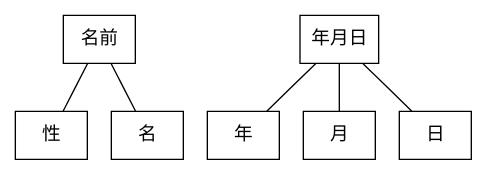
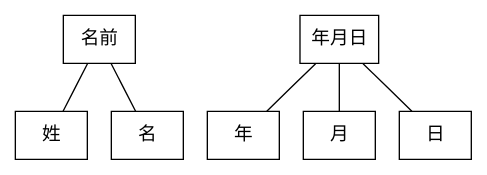
Before and after one commit to umidori/BoldTeamStudyMeeting2: the diagram in dot/sequence_example.dot, drawn with Graphviz. The commit also changed 4 other files, not shown here.

```diff
--- a/dot/sequence_example.dot
+++ b/dot/sequence_example.dot
@@ -1,13 +1,13 @@
 graph {
     label=""
     labelloc=t
     labeljust=l
     rankdir=UD
     node [widht=1, height=0.5, shape=rectangle, fontsize=14]
 
-    "名前" -- "性" 
+    "名前" -- "姓" 
     "名前" -- "名"
     "年月日" -- "年"
     "年月日" -- "月"
     "年月日" -- "日"
 }
```
